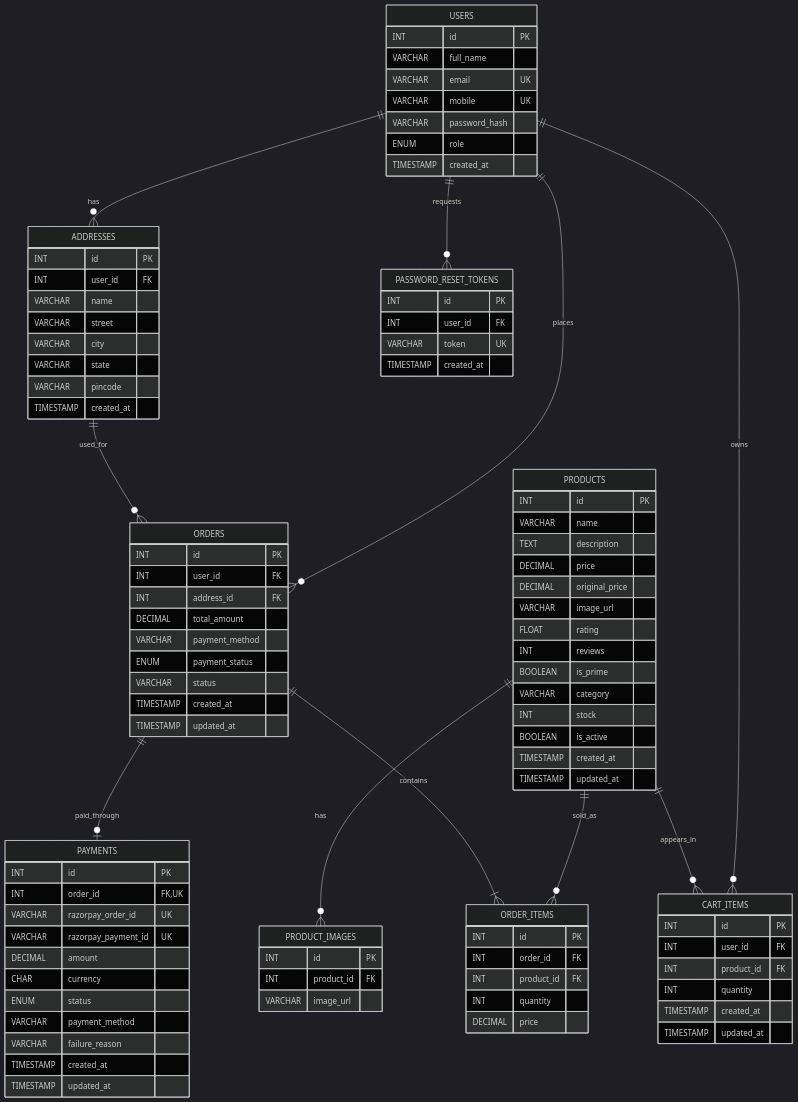
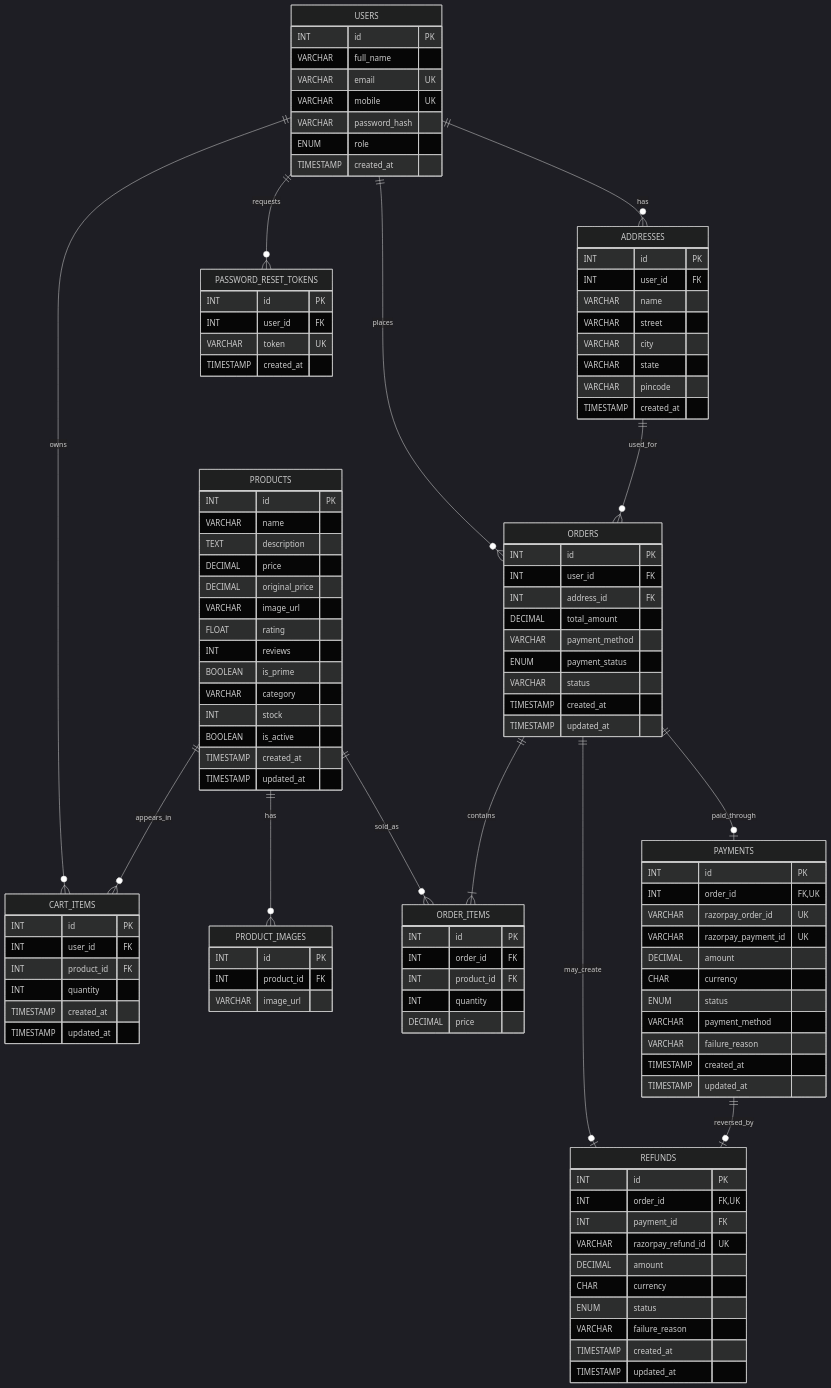
Before and after one commit to Debashish2005/Shopzi: the diagram in docs/er-diagram.md, drawn with Mermaid (dark theme). The commit also changed other lines of this file and 8 other files, not shown here.

Commit message:
Add persistent cart updates and Razorpay refunds

```diff
--- a/docs/er-diagram.md
+++ b/docs/er-diagram.md
@@ -12,6 +12,8 @@
     ADDRESSES ||--o{ ORDERS : used_for
     ORDERS ||--|{ ORDER_ITEMS : contains
     ORDERS ||--o| PAYMENTS : paid_through
+    ORDERS ||--o| REFUNDS : may_create
+    PAYMENTS ||--o| REFUNDS : reversed_by
 
     USERS {
         INT id PK
@@ -100,6 +102,19 @@
         TIMESTAMP updated_at
     }
 
+    REFUNDS {
+        INT id PK
+        INT order_id FK,UK
+        INT payment_id FK
+        VARCHAR razorpay_refund_id UK
+        DECIMAL amount
+        CHAR currency
+        ENUM status
+        VARCHAR failure_reason
+        TIMESTAMP created_at
+        TIMESTAMP updated_at
+    }
+
     PASSWORD_RESET_TOKENS {
         INT id PK
         INT user_id FK
```
